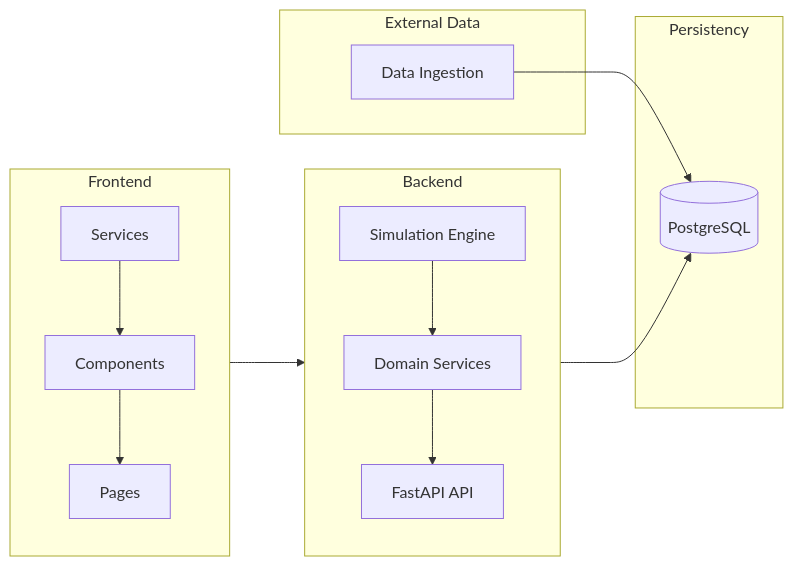
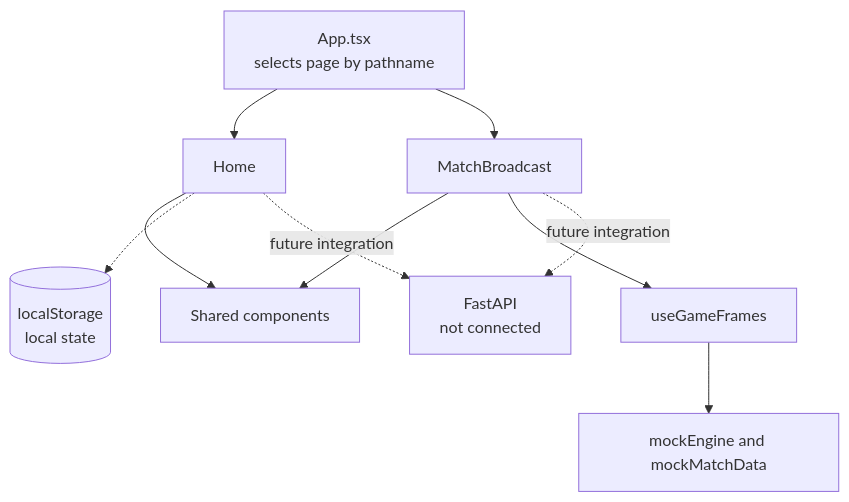
The second of 6 diagrams in docs/ARCHITECTURE.md (MatheuzRuf/Robo-Cestinha), drawn with Mermaid before and after one commit. The commit also changed other lines of this file and 7 other files, not shown here.

````diff
--- a/docs/ARCHITECTURE.md
+++ b/docs/ARCHITECTURE.md
@@ -9,24 +55,20 @@
 ```mermaid
-flowchart LR
-    subgraph Frontend
-        direction TB
-        FE_Services[Services] --> FE_Components[Components] --> FE_Pages[Pages]
-    end
+flowchart TB
+    App[App.tsx<br/>selects page by pathname]
+    Home[Home]
+    Broadcast[MatchBroadcast]
+    Shared[Shared components]
+    Hook[useGameFrames]
+    Mock[mockEngine and mockMatchData]
+    Storage[(localStorage<br/>local state)]
+    API[FastAPI<br/>not connected]
 
-    subgraph Backend
-        direction TB
-        BE_Engine[Simulation Engine] --> BE_Domain[Domain Services] --> BE_API[FastAPI API]
-    end
-
-    subgraph Persistency
-        DB[(PostgreSQL)]
-    end
-
-    subgraph "External Data"
-        Ingestion[Data Ingestion]
-    end
-
-    FE_Services --> BE_API
-    BE_Domain --> DB
-    Ingestion --> DB
+    App --> Home
+    App --> Broadcast
+    Home --> Shared
+    Broadcast --> Shared
+    Broadcast --> Hook --> Mock
+    Home -.-> Storage
+    Home -. "future integration" .-> API
+    Broadcast -. "future integration" .-> API
 ```
````
